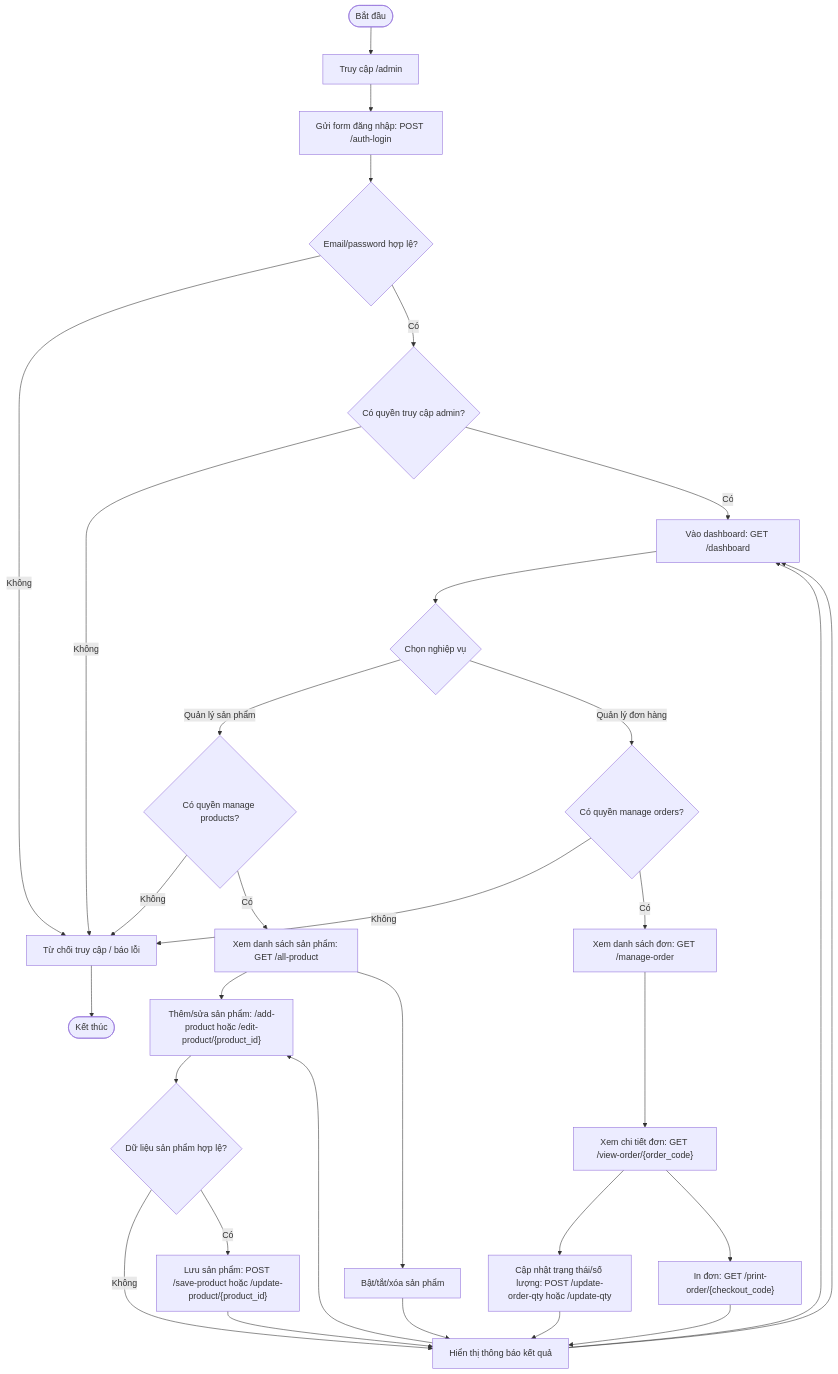
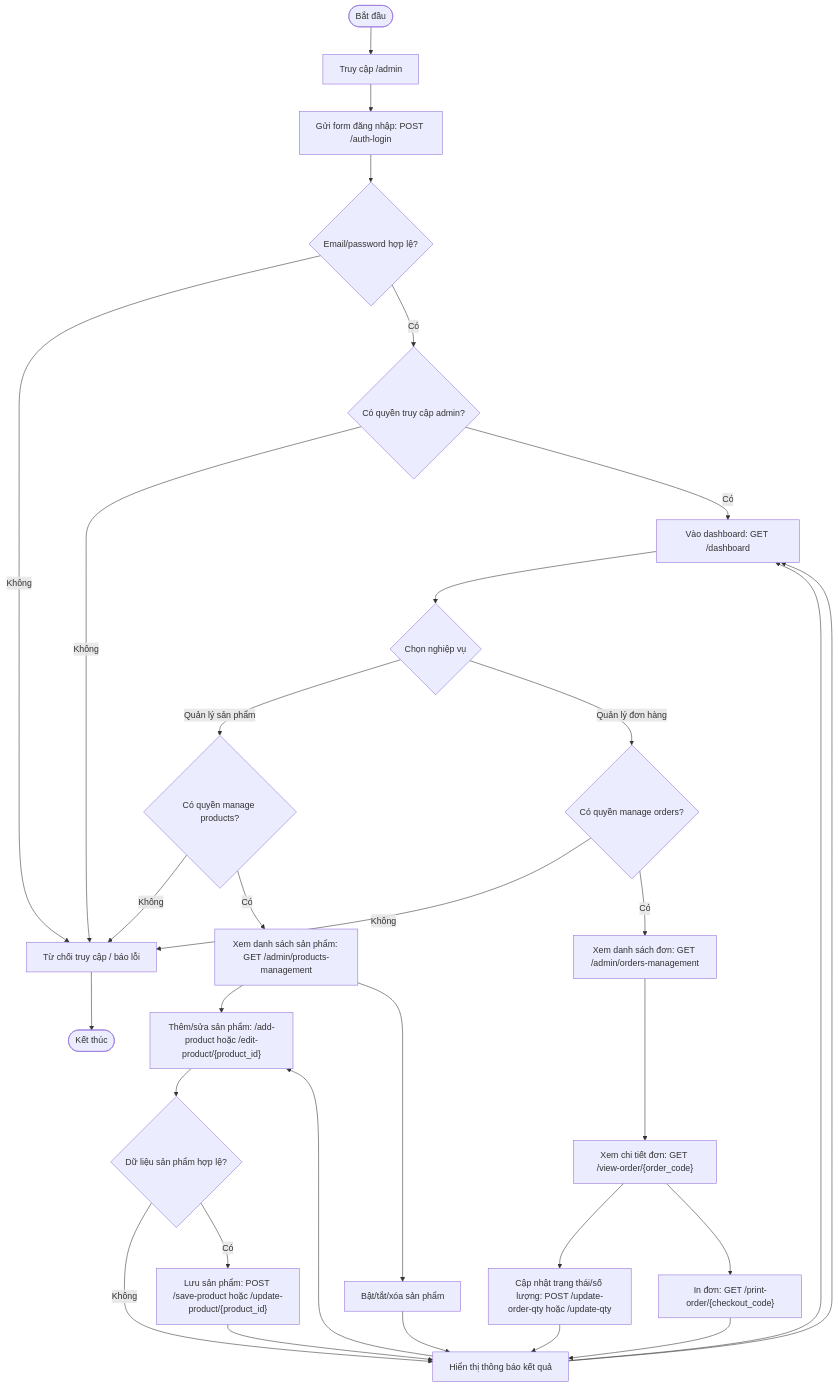
Before and after one commit to DoDangDucCoder/ElectroMart: the third of 24 diagrams in docs/diagrams.md, drawn with Mermaid. The commit also changed other lines of this file and 870 other files, not shown here.

````diff
--- a/docs/diagrams.md
+++ b/docs/diagrams.md
@@ -172,45 +172,45 @@
 ```mermaid
 flowchart TD
     Start([Bắt đầu])
     LoginPage["Truy cập /admin"]
     SubmitLogin["Gửi form đăng nhập: POST /auth-login"]
     AuthValid{"Email/password hợp lệ?"}
     AdminAccess{"Có quyền truy cập admin?"}
     Dashboard["Vào dashboard: GET /dashboard"]
     SelectTask{"Chọn nghiệp vụ"}
 
     ProductPerm{"Có quyền manage products?"}
-    ProductList["Xem danh sách sản phẩm: GET /all-product"]
+    ProductList["Xem danh sách sản phẩm: GET /admin/products-management"]
     ProductForm["Thêm/sửa sản phẩm: /add-product hoặc /edit-product/{product_id}"]
     ProductValidate{"Dữ liệu sản phẩm hợp lệ?"}
     SaveProduct["Lưu sản phẩm: POST /save-product hoặc /update-product/{product_id}"]
     ProductStatus["Bật/tắt/xóa sản phẩm"]
 
     OrderPerm{"Có quyền manage orders?"}
-    OrderList["Xem danh sách đơn: GET /manage-order"]
+    OrderList["Xem danh sách đơn: GET /admin/orders-management"]
     OrderDetail["Xem chi tiết đơn: GET /view-order/{order_code}"]
     OrderUpdate["Cập nhật trạng thái/số lượng: POST /update-order-qty hoặc /update-qty"]
     OrderPrint["In đơn: GET /print-order/{checkout_code}"]
 
     Denied["Từ chối truy cập / báo lỗi"]
     Result["Hiển thị thông báo kết quả"]
     End([Kết thúc])
 
     Start --> LoginPage --> SubmitLogin --> AuthValid
     AuthValid -- Không --> Denied --> End
     AuthValid -- Có --> AdminAccess
     AdminAccess -- Không --> Denied
     AdminAccess -- Có --> Dashboard --> SelectTask
 
     SelectTask -- "Quản lý sản phẩm" --> ProductPerm
     ProductPerm -- Không --> Denied
     ProductPerm -- Có --> ProductList --> ProductForm --> ProductValidate
     ProductValidate -- Không --> Result --> ProductForm
     ProductValidate -- Có --> SaveProduct --> Result --> Dashboard
     ProductList --> ProductStatus --> Result
 
     SelectTask -- "Quản lý đơn hàng" --> OrderPerm
     OrderPerm -- Không --> Denied
     OrderPerm -- Có --> OrderList --> OrderDetail --> OrderUpdate --> Result --> Dashboard
     OrderDetail --> OrderPrint --> Result
 ```
````
